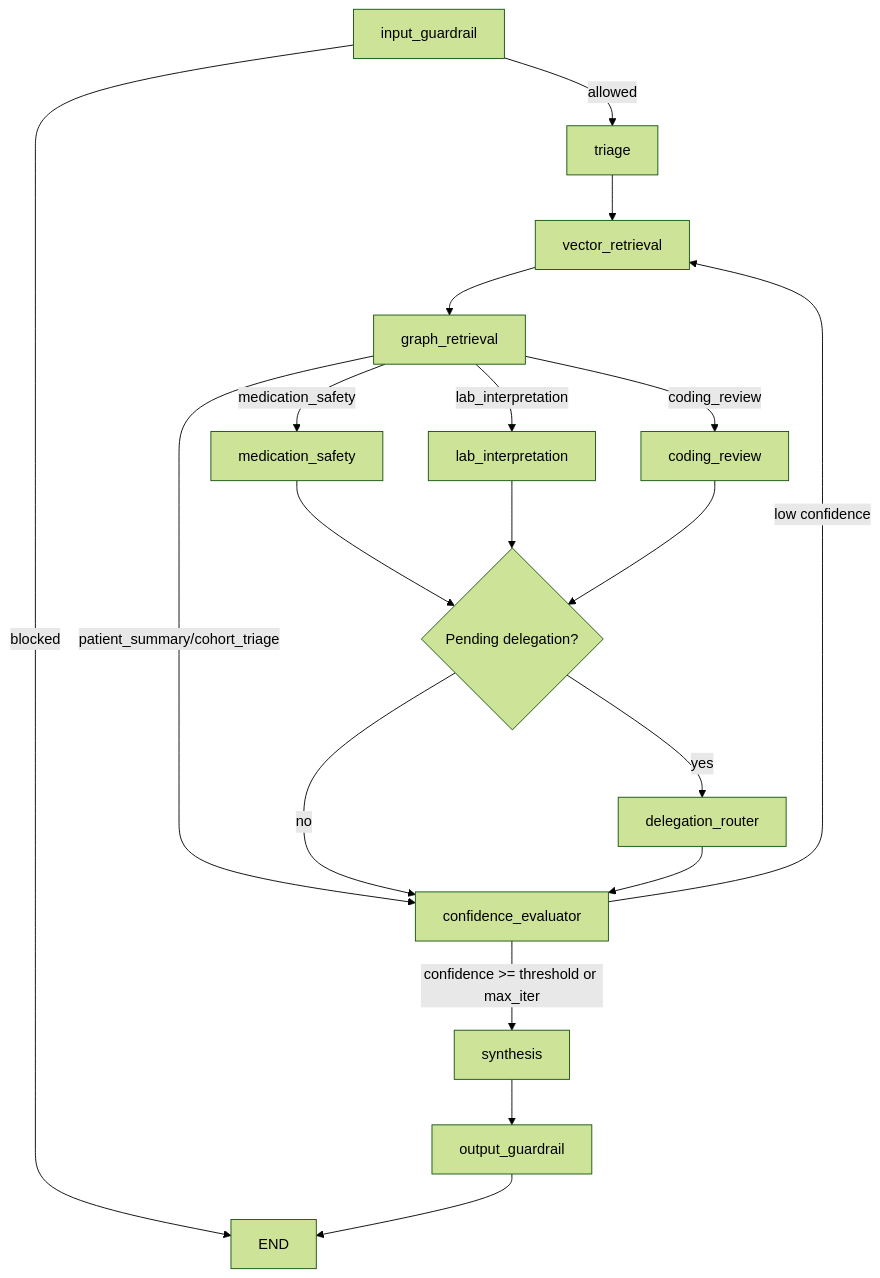
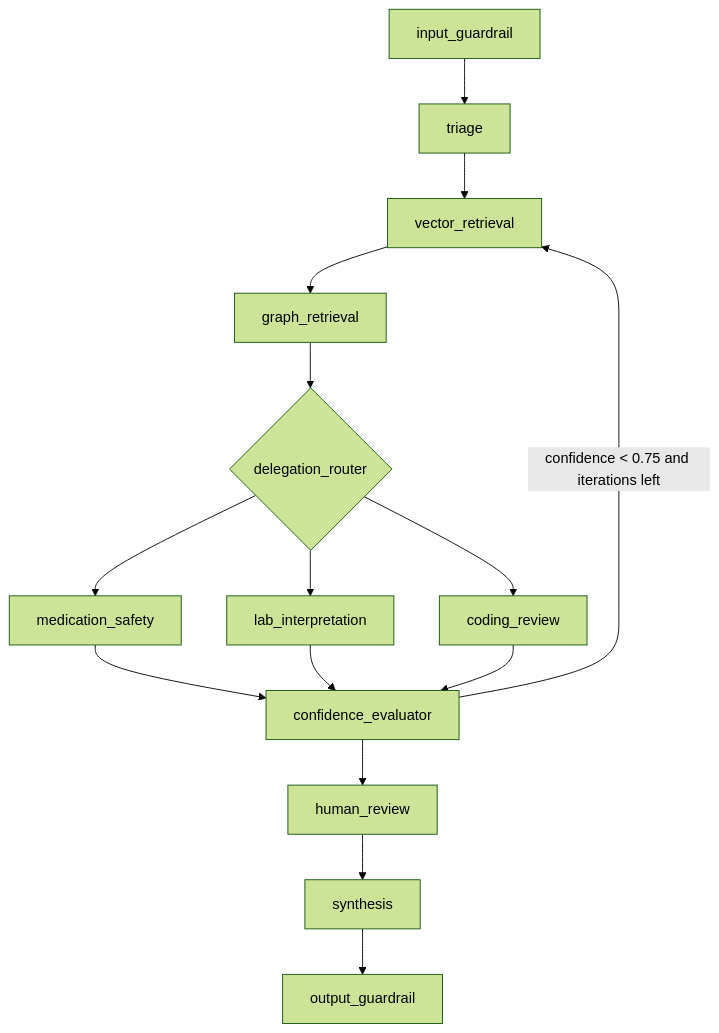
One commit to wchen-dea/Agentic-AI-Healthcare-GraphRAG changed the diagram in docs/05_ai_agents.md. Above: the diagram before and after it, drawn with Mermaid (forest theme). The commit also changed other lines of this file and 24 other files, not shown here.

````diff
--- a/docs/05_ai_agents.md
+++ b/docs/05_ai_agents.md
@@ -618,21 +43,17 @@
 ```mermaid
-graph TD
-    S[input_guardrail] -->|allowed| A[triage]
-    S -->|blocked| I[END]
-    A --> B[vector_retrieval]
-    B --> C[graph_retrieval]
-    C -->|medication_safety| D[medication_safety]
-    C -->|lab_interpretation| E[lab_interpretation]
-    C -->|coding_review| F[coding_review]
-    C -->|patient_summary/cohort_triage| G[confidence_evaluator]
-    D --> J{Pending delegation?}
-    E --> J
-    F --> J
-    J -->|yes| K[delegation_router]
-    J -->|no| G
-    K --> G
-    G -->|confidence >= threshold or max_iter| H[synthesis]
-    G -->|low confidence| B
-    H --> O[output_guardrail]
-    O --> I
+flowchart TD
+  IG[input_guardrail] --> T[triage]
+  T --> VR[vector_retrieval]
+  VR --> GR[graph_retrieval]
+  GR --> DR{delegation_router}
+  DR --> MS[medication_safety]
+  DR --> LI[lab_interpretation]
+  DR --> CR[coding_review]
+  MS --> CE[confidence_evaluator]
+  LI --> CE
+  CR --> CE
+  CE -- "confidence < 0.75 and iterations left" --> VR
+  CE --> HR[human_review]
+  HR --> S[synthesis]
+  S --> OG[output_guardrail]
 ```
````
